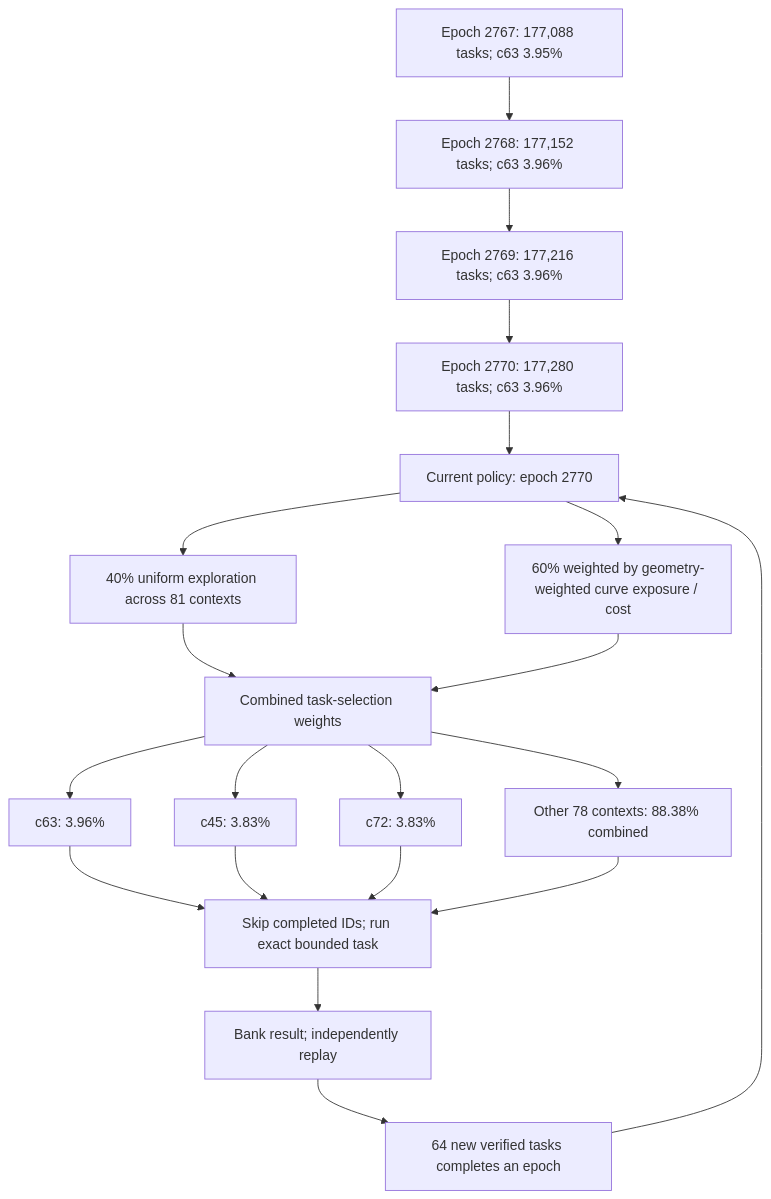
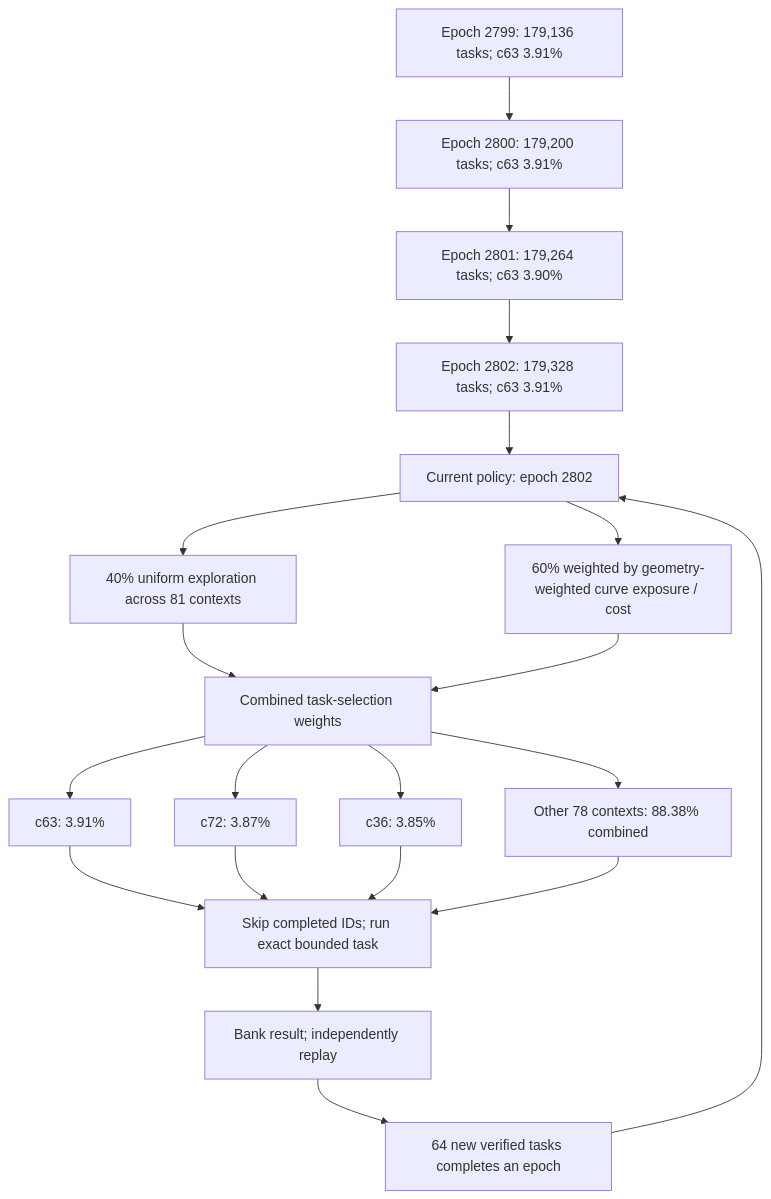
Before and after one commit to Kuberwastaken/math-gambling: the first of 3 diagrams in README.md, drawn with Mermaid. The commit also changed other lines of this file and 4050 other files, not shown here.

````diff
--- a/README.md
+++ b/README.md
@@ -56,27 +56,27 @@
 ```mermaid
 flowchart TD
-    H0["Epoch 2767: 177,088 tasks; c63 3.95%"]
-    H1["Epoch 2768: 177,152 tasks; c63 3.96%"]
+    H0["Epoch 2799: 179,136 tasks; c63 3.91%"]
+    H1["Epoch 2800: 179,200 tasks; c63 3.91%"]
     H0 --> H1
-    H2["Epoch 2769: 177,216 tasks; c63 3.96%"]
+    H2["Epoch 2801: 179,264 tasks; c63 3.90%"]
     H1 --> H2
-    H3["Epoch 2770: 177,280 tasks; c63 3.96%"]
+    H3["Epoch 2802: 179,328 tasks; c63 3.91%"]
     H2 --> H3
-    Policy["Current policy: epoch 2770"]
+    Policy["Current policy: epoch 2802"]
     H3 --> Policy
     Policy --> Explore["40% uniform exploration across 81 contexts"]
     Policy --> Cost["60% weighted by geometry-weighted curve exposure / cost"]
     Explore --> Mix["Combined task-selection weights"]
     Cost --> Mix
-    Mix --> C0["c63: 3.96%"]
-    Mix --> C1["c45: 3.83%"]
-    Mix --> C2["c72: 3.83%"]
+    Mix --> C0["c63: 3.91%"]
+    Mix --> C1["c72: 3.87%"]
+    Mix --> C2["c36: 3.85%"]
     Mix --> Rest["Other 78 contexts: 88.38% combined"]
     C0 --> Check["Skip completed IDs; run exact bounded task"]
     C1 --> Check
     C2 --> Check
     Rest --> Check
     Check --> Replay["Bank result; independently replay"]
     Replay --> Gate["64 new verified tasks completes an epoch"]
     Gate --> Policy
 ```
````
